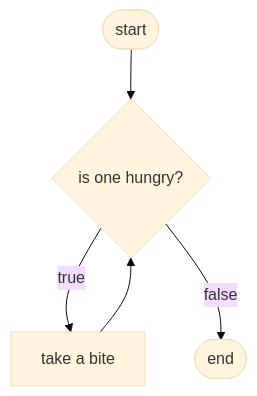
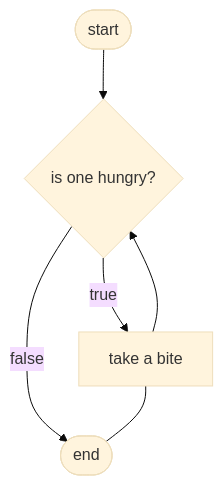
One commit to proftak/modules changed the second of 2 diagrams in 0016/index.md. Above: the diagram before and after it, drawn with Mermaid (base theme).

````diff
--- a/0016/index.md
+++ b/0016/index.md
@@ -128,11 +128,12 @@
 ```mermaid
 flowchart TD
 start@{shape: stadium, label: "start"}
 decision@{shape: diamond, label: "is one hungry?"}
 eat@{shape: rect, label: "take a bite" }
 finish@{shape: stadium, label: "end" }
 start --> decision
 decision -->|true| eat
 decision -->|false| finish
 eat --> decision
+eat --- finish
 ```
````
